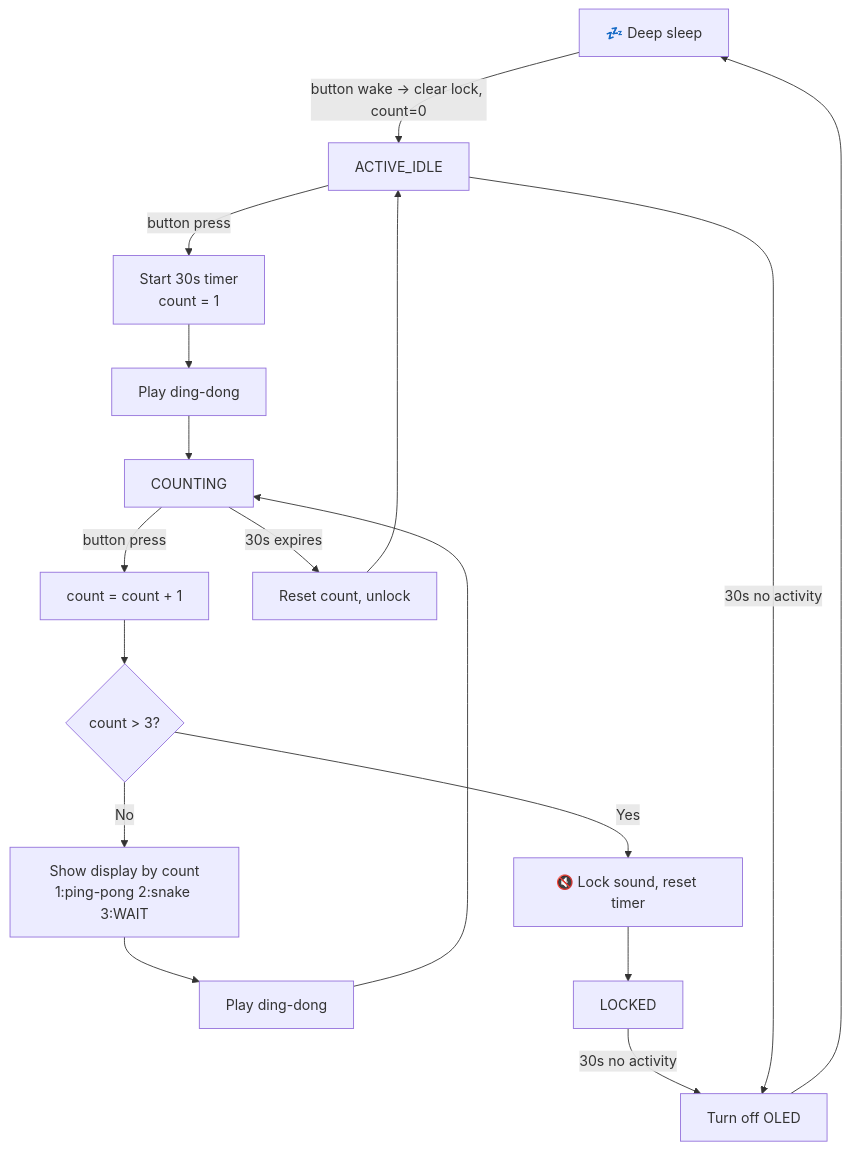
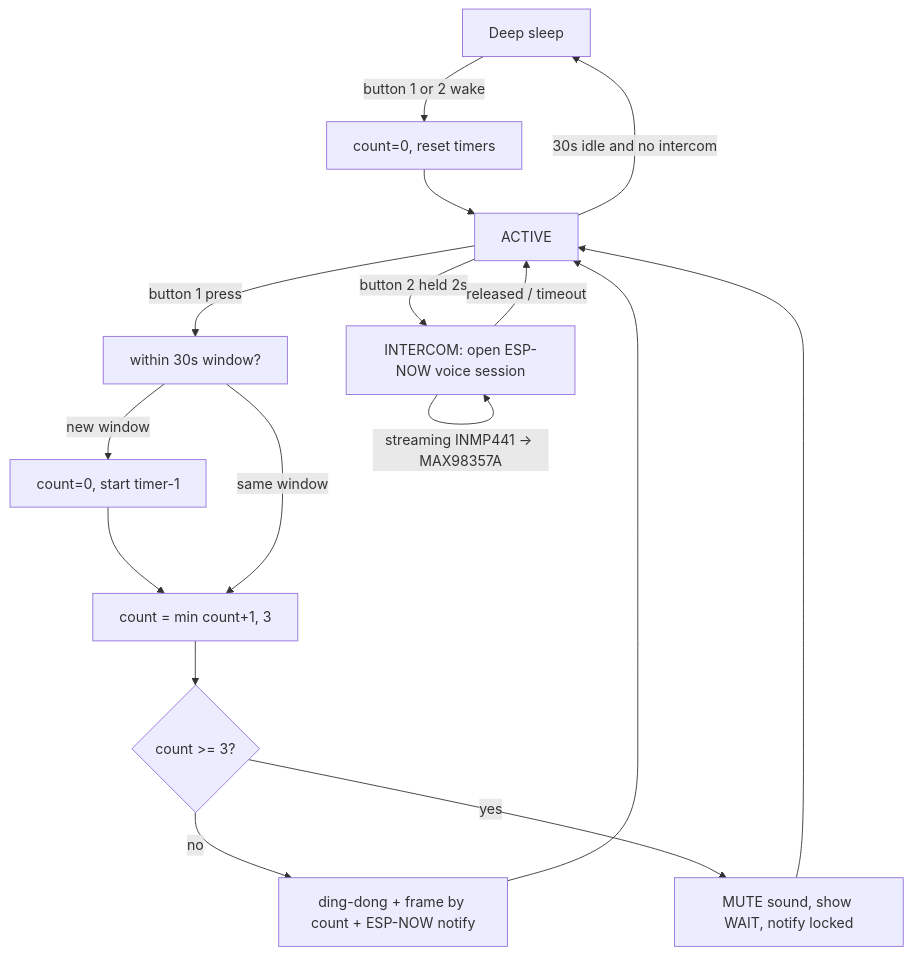
Before and after one commit to dangtom700/Real_Time_Controller: the diagram in Anti-rage doobell/README.md, drawn with Mermaid. The commit also changed other lines of this file and 7 other files, not shown here.

````diff
--- a/Anti-rage doobell/README.md
+++ b/Anti-rage doobell/README.md
@@ -44,16 +64,16 @@
 ```mermaid
 flowchart TD
-    SLEEP[💤 Deep sleep] -->|button wake → clear lock, count=0| IDLE
-    IDLE[ACTIVE_IDLE] -->|button press| C[Start 30s timer<br/>count = 1]
-    C --> DING[Play ding-dong] --> COUNTING
-
-    COUNTING -->|button press| INC[count = count + 1]
-    INC --> CHK{count > 3?}
-    CHK -- No --> DISP[Show display by count<br/>1:ping-pong 2:snake 3:WAIT]
-    DISP --> DING2[Play ding-dong] --> COUNTING
-    CHK -- Yes --> LOCK[🔇 Lock sound, reset timer] --> LOCKED
-
-    COUNTING -->|30s expires| RESET[Reset count, unlock] --> IDLE
-    LOCKED -->|30s no activity| OFF[Turn off OLED] --> SLEEP
-    IDLE -->|30s no activity| OFF
+    SLEEP[Deep sleep] -->|button 1 or 2 wake| BOOT[count=0, reset timers]
+    BOOT --> ACTIVE
+    ACTIVE[ACTIVE] -->|button 1 press| DB[within 30s window?]
+    DB -->|new window| W[count=0, start timer-1]
+    W --> INC
+    DB -->|same window| INC[count = min count+1, 3]
+    INC --> LK{count >= 3?}
+    LK -- no --> DING[ding-dong + frame by count + ESP-NOW notify] --> ACTIVE
+    LK -- yes --> LOCK[MUTE sound, show WAIT, notify locked] --> ACTIVE
+    ACTIVE -->|button 2 held 2s| IC[INTERCOM: open ESP-NOW voice session]
+    IC -->|streaming INMP441 -> MAX98357A| IC
+    IC -->|released / timeout| ACTIVE
+    ACTIVE -->|30s idle and no intercom| SLEEP
 ```
````
